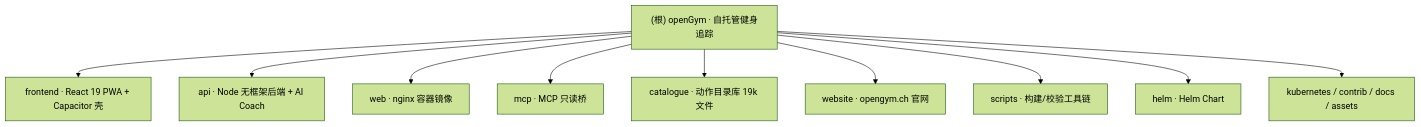
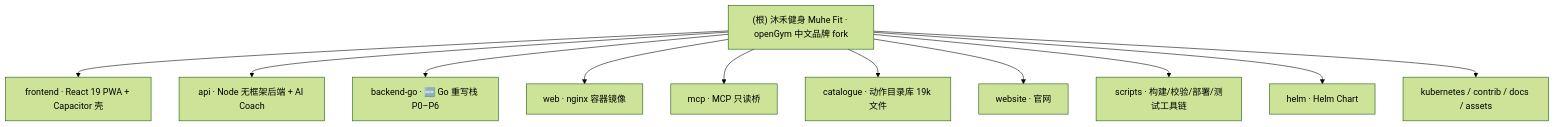
One commit to changzhi777/openGym changed the diagram in CLAUDE.md. Above: the diagram before and after it, drawn with Mermaid (forest theme). The commit also changed other lines of this file and 9 other files, not shown here.

First line of the commit message:
docs: init-architect V3.0 增量扫描 — 沐禾健身定名 + backend-go 全景 + 9 模块面包屑

````diff
--- a/CLAUDE.md
+++ b/CLAUDE.md
@@ -54,21 +58,23 @@
 ```mermaid
 graph TD
-    ROOT["(根) openGym · 自托管健身追踪"] --> FE["frontend · React 19 PWA + Capacitor 壳"]
+    ROOT["(根) 沐禾健身 Muhe Fit · openGym 中文品牌 fork"] --> FE["frontend · React 19 PWA + Capacitor 壳"]
     ROOT --> API["api · Node 无框架后端 + AI Coach"]
+    ROOT --> GO["backend-go · 🆕 Go 重写栈 P0–P6"]
     ROOT --> WEB["web · nginx 容器镜像"]
     ROOT --> MCP["mcp · MCP 只读桥"]
     ROOT --> CAT["catalogue · 动作目录库 19k 文件"]
-    ROOT --> SITE["website · opengym.ch 官网"]
-    ROOT --> SCRIPTS["scripts · 构建/校验工具链"]
+    ROOT --> SITE["website · 官网"]
+    ROOT --> SCRIPTS["scripts · 构建/校验/部署/测试工具链"]
     ROOT --> HELM["helm · Helm Chart"]
     ROOT --> DEPLOY["kubernetes / contrib / docs / assets"]
 
     click FE "./frontend/CLAUDE.md" "查看 frontend 模块文档"
     click API "./api/CLAUDE.md" "查看 api 模块文档"
+    click GO "./backend-go/CLAUDE.md" "查看 backend-go 模块文档"
     click WEB "./web/CLAUDE.md" "查看 web 模块文档"
     click MCP "./mcp/CLAUDE.md" "查看 mcp 模块文档"
     click CAT "./catalogue/CLAUDE.md" "查看 catalogue 模块文档"
     click SITE "./website/CLAUDE.md" "查看 website 模块文档"
     click SCRIPTS "./scripts/CLAUDE.md" "查看 scripts 模块文档"
     click HELM "./helm/CLAUDE.md" "查看 helm 模块文档"
 ```
````
